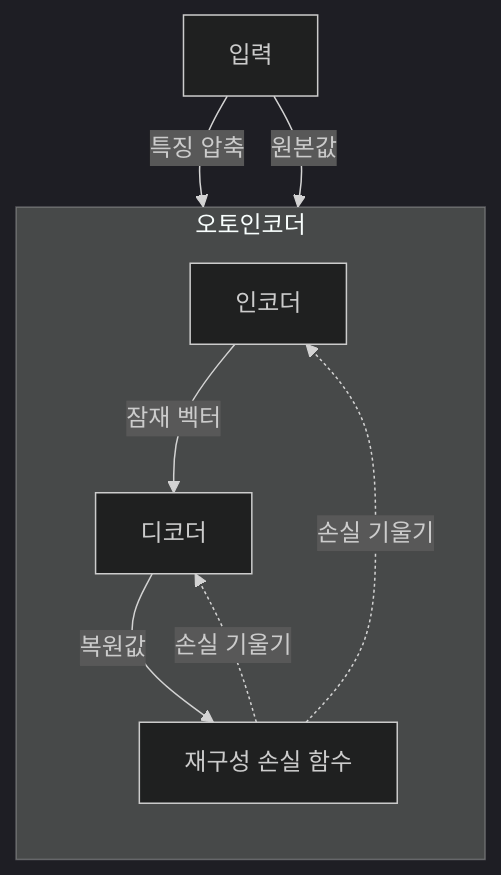
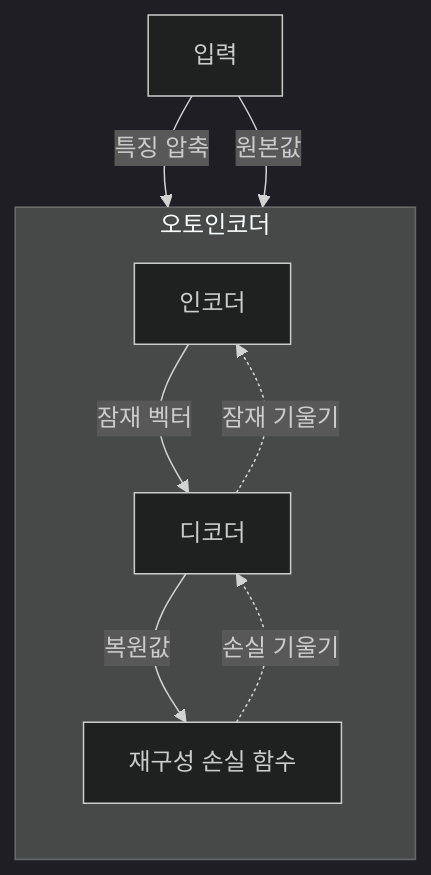
One commit to agnusdei1207/knowledge-base changed the first of 2 diagrams in src/content/docs/notes/01-basic-theory/045_autoencoder.md. Above: the diagram before and after it, drawn with Mermaid (dark theme). The commit also changed other lines of this file and 19 other files, not shown here.

````diff
--- a/src/content/docs/notes/01-basic-theory/045_autoencoder.md
+++ b/src/content/docs/notes/01-basic-theory/045_autoencoder.md
@@ -61,16 +64,16 @@
 ```mermaid
 flowchart TB
     I[입력]
     subgraph A[오토인코더]
         direction TB
         E[인코더]
         D[디코더]
         L[재구성 손실 함수]
         E -->|잠재 벡터| D
         D -->|복원값| L
     end
     I -->|특징 압축| E
     I -->|원본값| L
-    L -.->|손실 기울기| E
     L -.->|손실 기울기| D
+    D -.->|잠재 기울기| E
 ```
````
